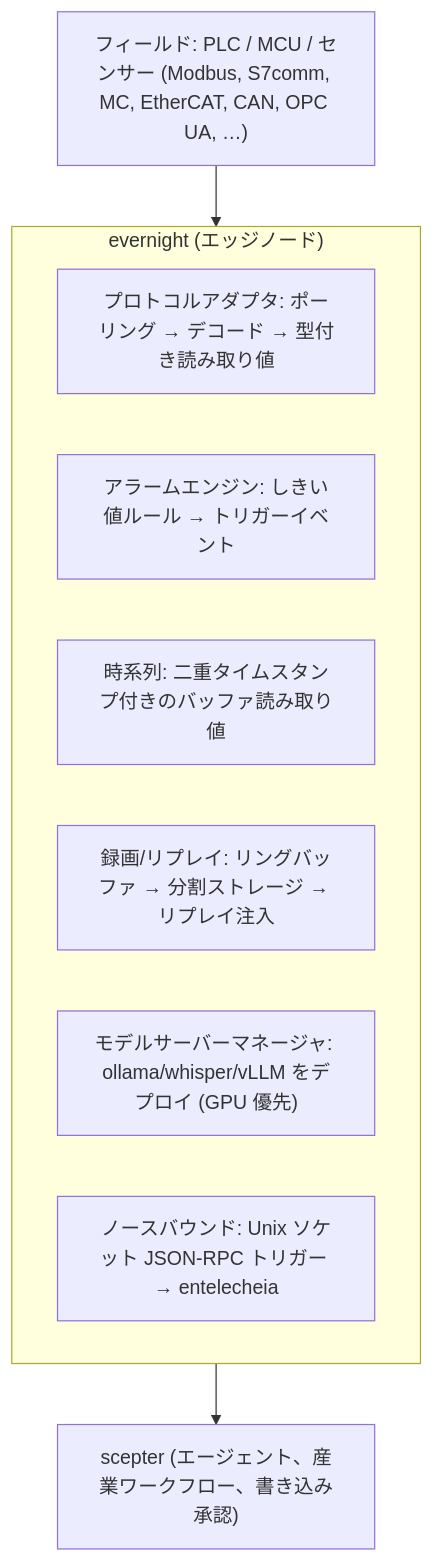
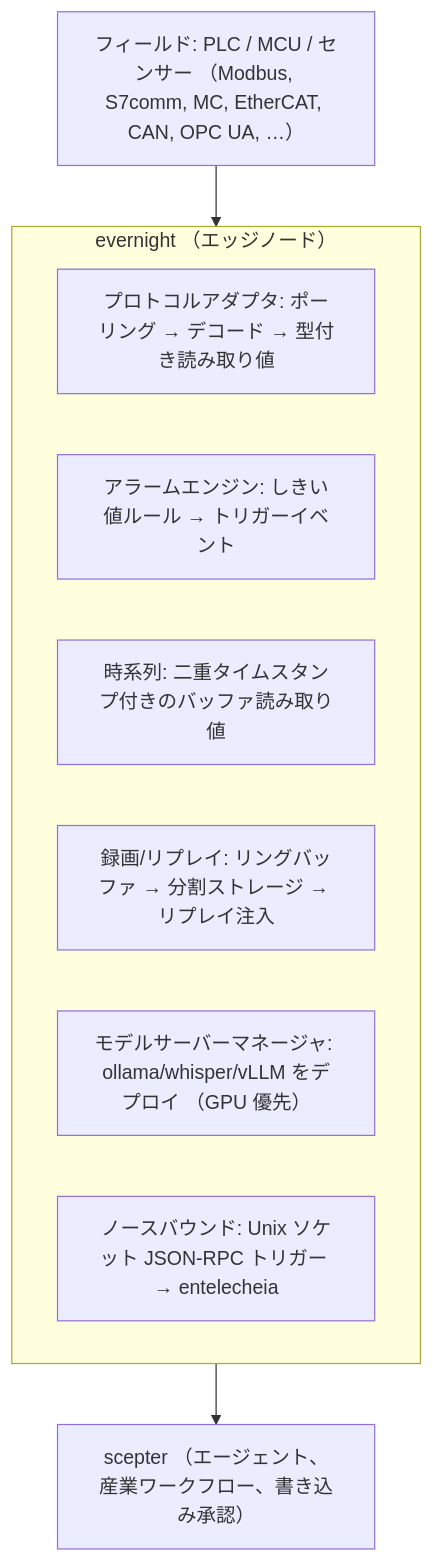
Before and after one commit to celestia-island/docs.celestia.world: the diagram in docs/ja/platforms/evernight.md, drawn with Mermaid. The commit also changed 35 other files, not shown here.

First line of the commit message:
📝 Convert ASCII parentheses in mermaid fences to fullwidth across languages. (#96)

````diff
--- a/docs/ja/platforms/evernight.md
+++ b/docs/ja/platforms/evernight.md
@@ -12,14 +12,14 @@
 ```mermaid
 flowchart TD
-    C["フィールド: PLC / MCU / センサー (Modbus, S7comm, MC, EtherCAT, CAN, OPC UA, …)"]
-    subgraph G["evernight (エッジノード)"]
+    C["フィールド: PLC / MCU / センサー （Modbus, S7comm, MC, EtherCAT, CAN, OPC UA, …）"]
+    subgraph G["evernight （エッジノード）"]
         N0["プロトコルアダプタ: ポーリング → デコード → 型付き読み取り値"]
         N1["アラームエンジン: しきい値ルール → トリガーイベント"]
         N2["時系列: 二重タイムスタンプ付きのバッファ読み取り値"]
         N3["録画/リプレイ: リングバッファ → 分割ストレージ → リプレイ注入"]
-        N4["モデルサーバーマネージャ: ollama/whisper/vLLM をデプロイ (GPU 優先)"]
+        N4["モデルサーバーマネージャ: ollama/whisper/vLLM をデプロイ （GPU 優先）"]
         N5["ノースバウンド: Unix ソケット JSON-RPC トリガー → entelecheia"]
     end
     C --> G
-    G --> B["scepter (エージェント、産業ワークフロー、書き込み承認)"]
+    G --> B["scepter （エージェント、産業ワークフロー、書き込み承認）"]
 ```
````
